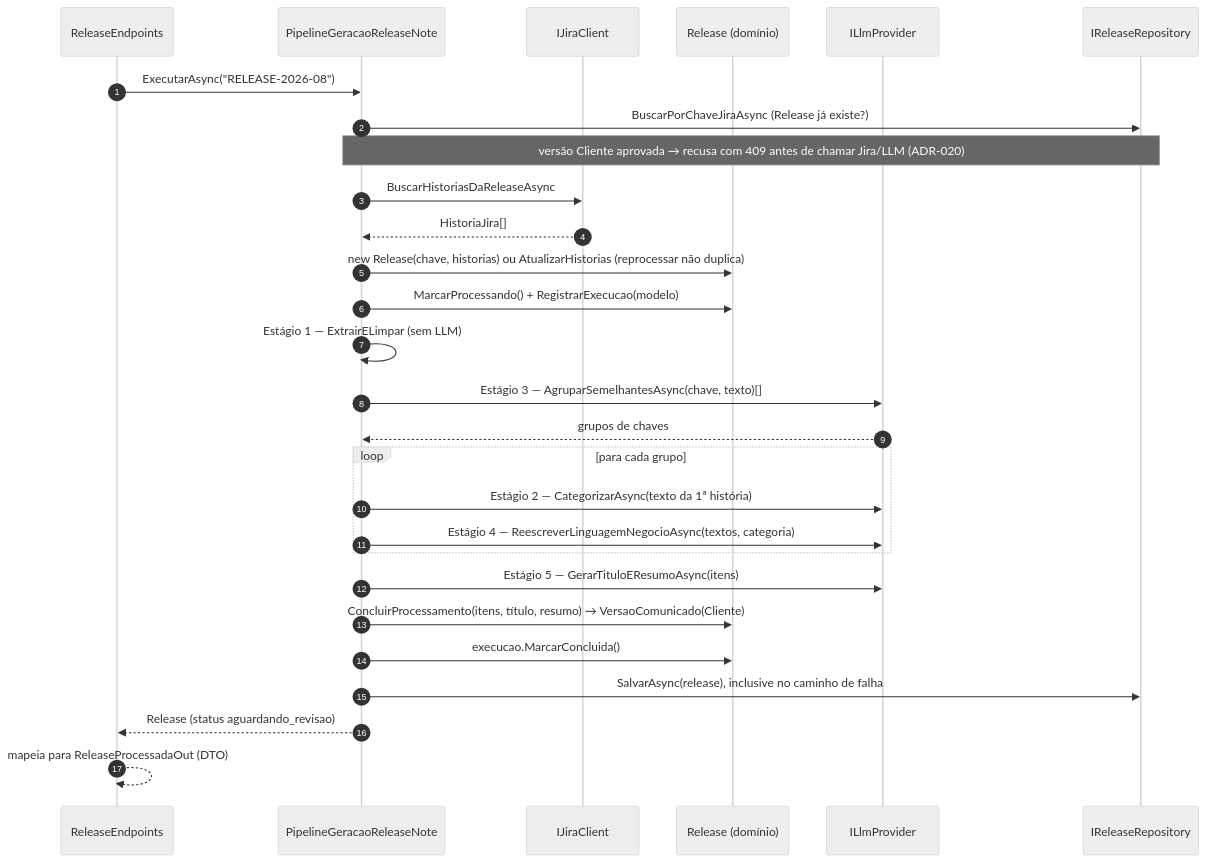
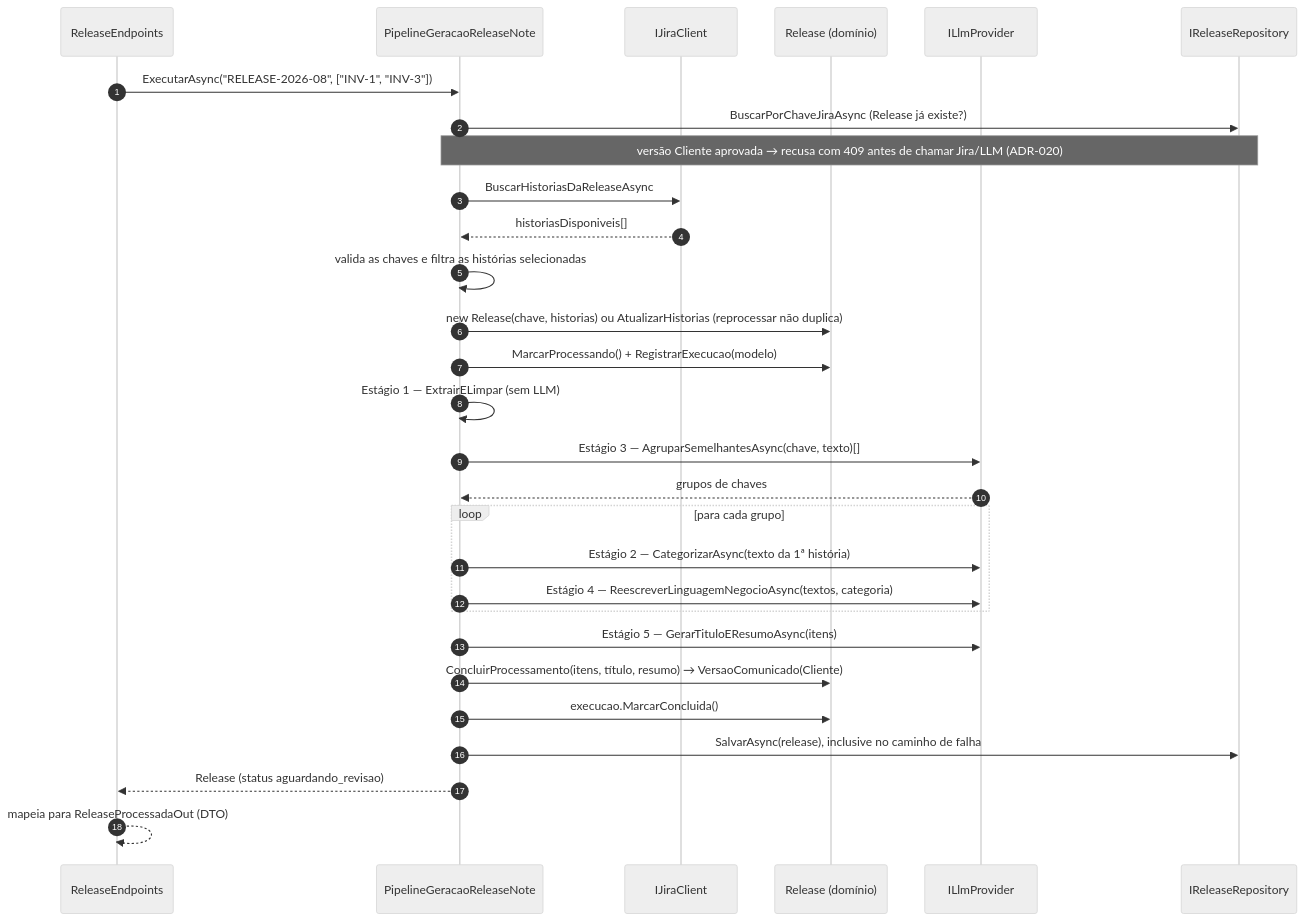
Before and after one commit to Douglas-dev404/squad78-invoisys: the fourth of 5 diagrams in README.md, drawn with Mermaid (neutral theme). The commit also changed other lines of this file and 26 other files, not shown here.

````diff
--- a/README.md
+++ b/README.md
@@ -199,31 +206,32 @@
 ```mermaid
 sequenceDiagram
     autonumber
     participant API as ReleaseEndpoints
     participant PL as PipelineGeracaoReleaseNote
     participant J as IJiraClient
     participant R as Release (domínio)
     participant L as ILlmProvider
     participant DB as IReleaseRepository
 
-    API->>PL: ExecutarAsync("RELEASE-2026-08")
+    API->>PL: ExecutarAsync("RELEASE-2026-08", ["INV-1", "INV-3"])
     PL->>DB: BuscarPorChaveJiraAsync (Release já existe?)
     Note over PL,DB: versão Cliente aprovada → recusa com 409 antes de chamar Jira/LLM (ADR-020)
     PL->>J: BuscarHistoriasDaReleaseAsync
-    J-->>PL: HistoriaJira[]
+    J-->>PL: historiasDisponiveis[]
+    PL->>PL: valida as chaves e filtra as histórias selecionadas
     PL->>R: new Release(chave, historias) ou AtualizarHistorias (reprocessar não duplica)
     PL->>R: MarcarProcessando() + RegistrarExecucao(modelo)
     PL->>PL: Estágio 1 — ExtrairELimpar (sem LLM)
     PL->>L: Estágio 3 — AgruparSemelhantesAsync(chave, texto)[]
     L-->>PL: grupos de chaves
     loop para cada grupo
         PL->>L: Estágio 2 — CategorizarAsync(texto da 1ª história)
         PL->>L: Estágio 4 — ReescreverLinguagemNegocioAsync(textos, categoria)
     end
     PL->>L: Estágio 5 — GerarTituloEResumoAsync(itens)
     PL->>R: ConcluirProcessamento(itens, título, resumo) → VersaoComunicado(Cliente)
     PL->>R: execucao.MarcarConcluida()
     PL->>DB: SalvarAsync(release), inclusive no caminho de falha
     PL-->>API: Release (status aguardando_revisao)
     API-->>API: mapeia para ReleaseProcessadaOut (DTO)
 ```
````
